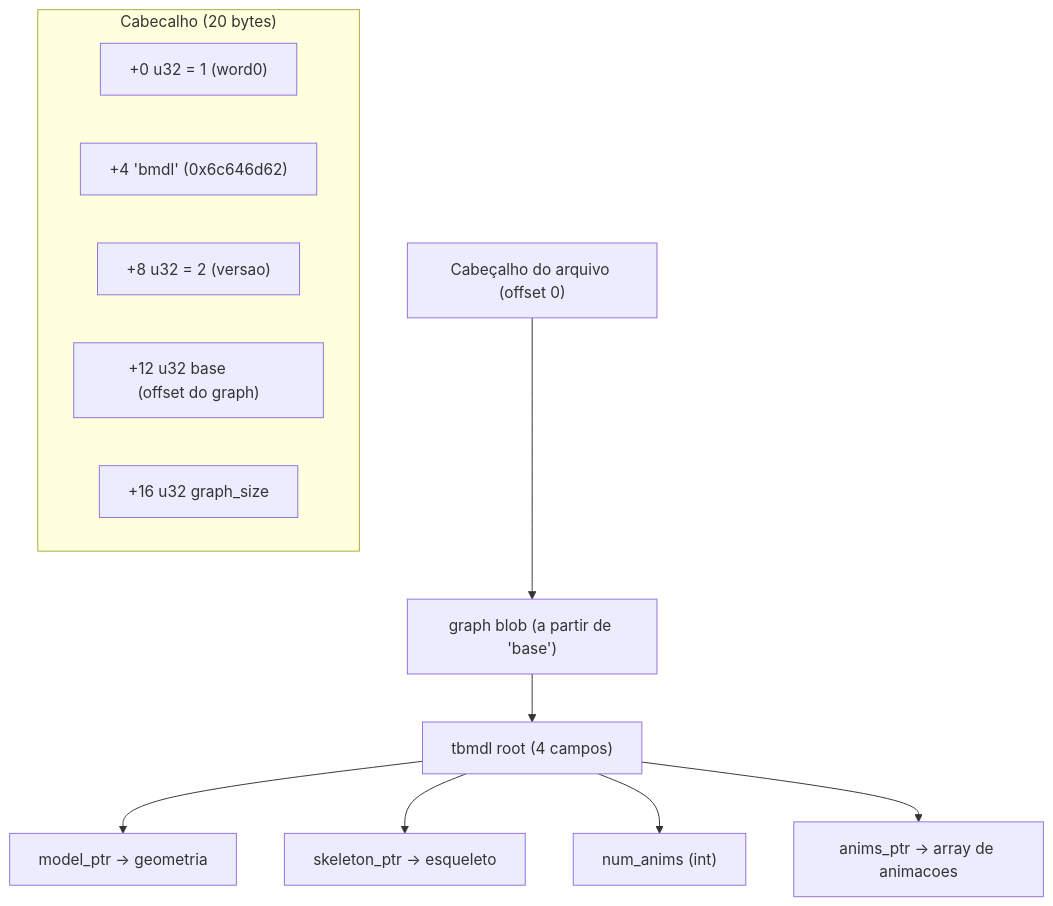
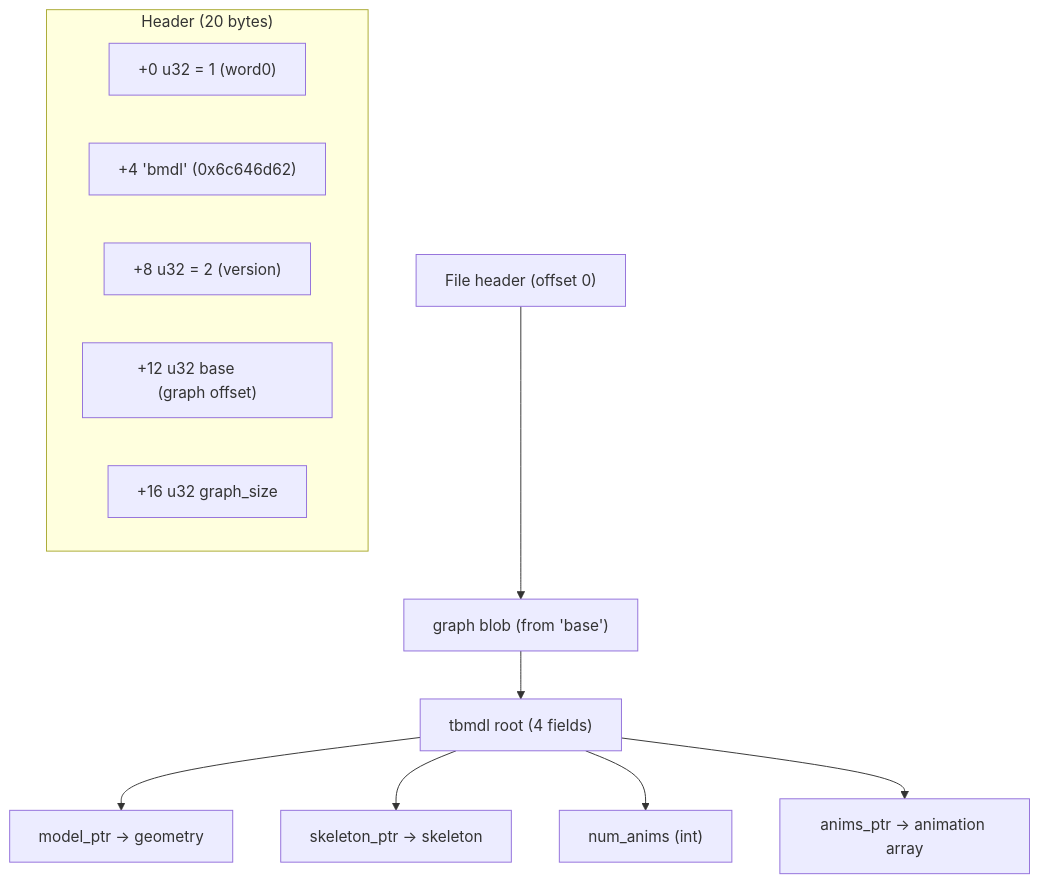
Before and after one commit to JeanxPereira/BMDL-Importer: the first of 3 diagrams in docs/BMDL_ANIMATION.md, drawn with Mermaid. The commit also changed other lines of this file and 5 other files, not shown here.

````diff
--- a/docs/BMDL_ANIMATION.md
+++ b/docs/BMDL_ANIMATION.md
@@ -15,17 +15,17 @@
 ```mermaid
 flowchart TD
-    A["Cabeçalho do arquivo (offset 0)"] --> B["graph blob (a partir de 'base')"]
-    B --> R["tbmdl root (4 campos)"]
-    R --> M["model_ptr  -> geometria"]
-    R --> S["skeleton_ptr -> esqueleto"]
+    A["File header (offset 0)"] --> B["graph blob (from 'base')"]
+    B --> R["tbmdl root (4 fields)"]
+    R --> M["model_ptr  -> geometry"]
+    R --> S["skeleton_ptr -> skeleton"]
     R --> N["num_anims (int)"]
-    R --> P["anims_ptr -> array de animacoes"]
+    R --> P["anims_ptr -> animation array"]
 
-    subgraph Header["Cabecalho (20 bytes)"]
+    subgraph Header["Header (20 bytes)"]
       H0["+0  u32 = 1            (word0)"]
       H4["+4  'bmdl' (0x6c646d62)"]
-      H8["+8  u32 = 2            (versao)"]
-      H12["+12 u32 base          (offset do graph)"]
+      H8["+8  u32 = 2            (version)"]
+      H12["+12 u32 base          (graph offset)"]
       H16["+16 u32 graph_size"]
     end
 ```
````
